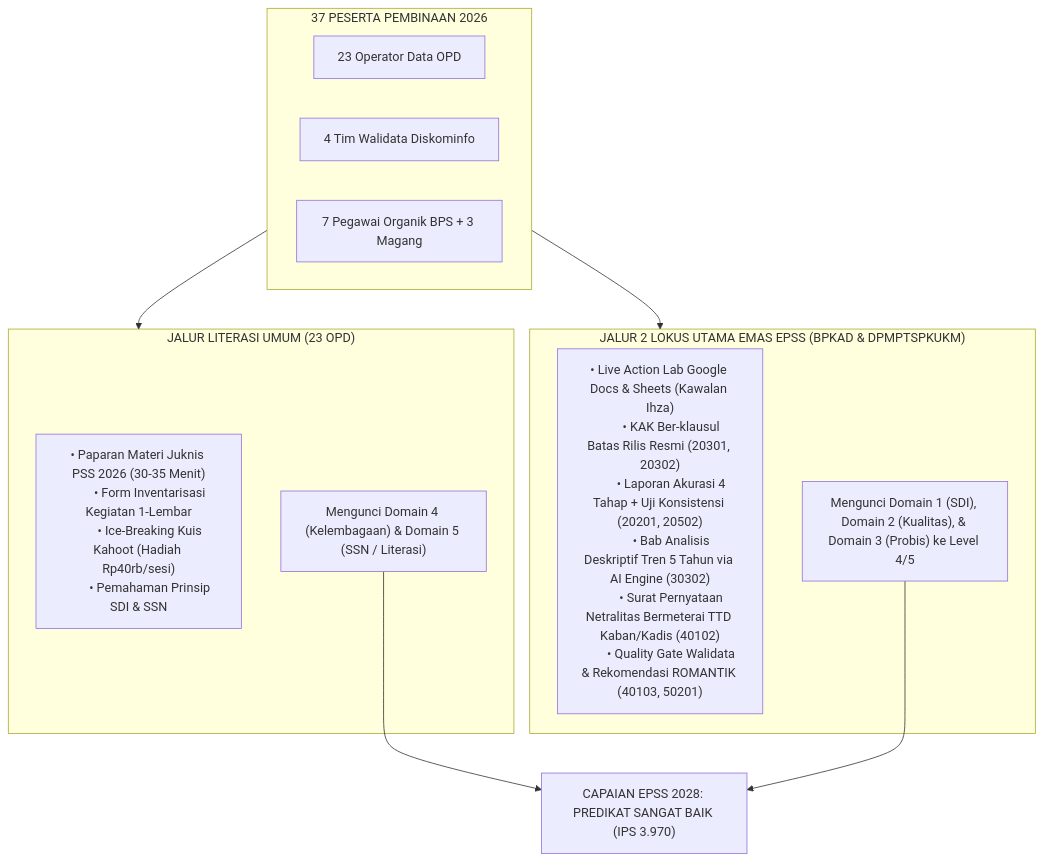
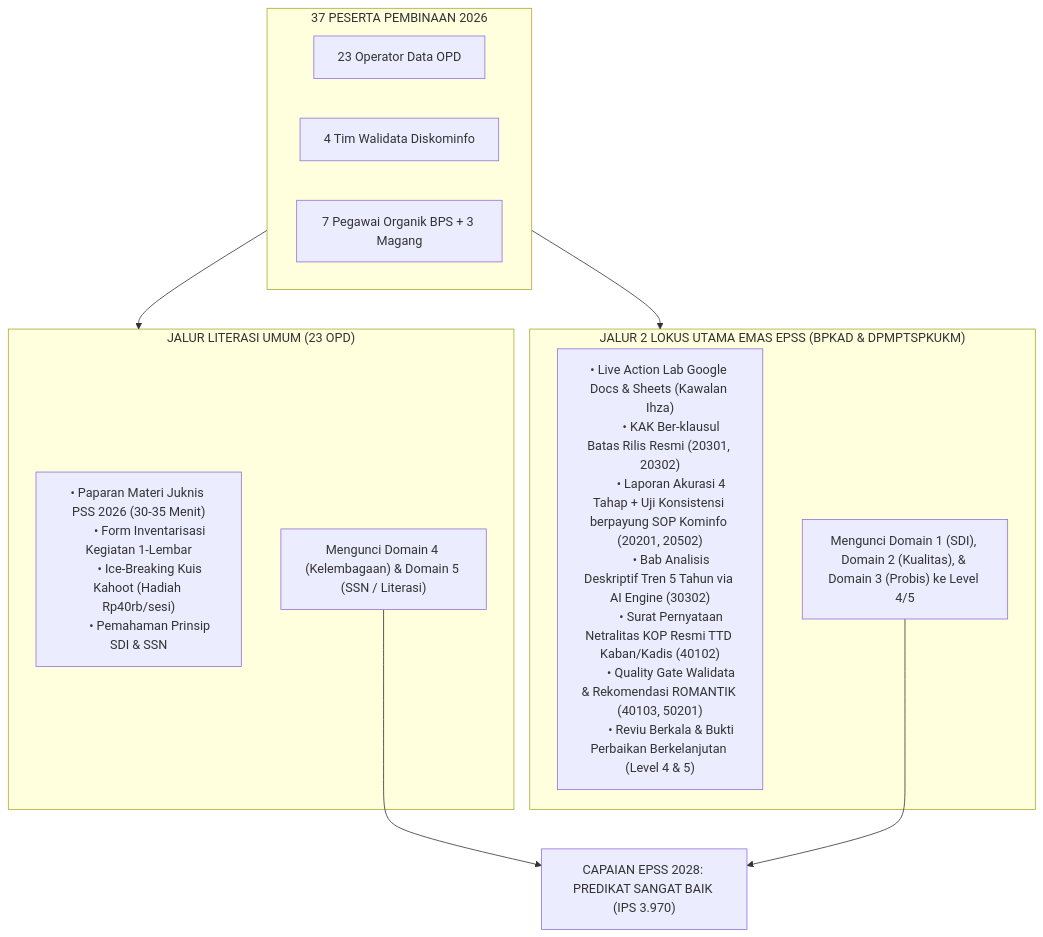
The diagram in kegiatan/pembinaan-statistik-sektoral/2026/pertemuan/00-master-roadmap-4-pertemuan-pss2026-epss2028.md (ipds6104/knowledge-base), drawn with Mermaid before and after one commit. The commit also changed other lines of this file and 34 other files, not shown here.

````diff
--- a/kegiatan/pembinaan-statistik-sektoral/2026/pertemuan/00-master-roadmap-4-pertemuan-pss2026-epss2028.md
+++ b/kegiatan/pembinaan-statistik-sektoral/2026/pertemuan/00-master-roadmap-4-pertemuan-pss2026-epss2028.md
@@ -68,30 +68,31 @@
 ```mermaid
 flowchart TD
     subgraph Peserta["37 PESERTA PEMBINAAN 2026"]
         OPD23["23 Operator Data OPD"]
         KOMINFO["4 Tim Walidata Diskominfo"]
         BPS["7 Pegawai Organik BPS + 3 Magang"]
     end
 
     subgraph Jalur1["JALUR LITERASI UMUM (23 OPD)"]
         J1["• Paparan Materi Juknis PSS 2026 (30-35 Menit)
         • Form Inventarisasi Kegiatan 1-Lembar
         • Ice-Breaking Kuis Kahoot (Hadiah Rp40rb/sesi)
         • Pemahaman Prinsip SDI & SSN"]
         R1["Mengunci Domain 4 (Kelembagaan) & Domain 5 (SSN / Literasi)"]
     end
 
     subgraph Jalur2["JALUR 2 LOKUS UTAMA EMAS EPSS (BPKAD & DPMPTSPKUKM)"]
         J2["• Live Action Lab Google Docs & Sheets (Kawalan Ihza)
         • KAK Ber-klausul Batas Rilis Resmi (20301, 20302)
-        • Laporan Akurasi 4 Tahap + Uji Konsistensi (20201, 20502)
+        • Laporan Akurasi 4 Tahap + Uji Konsistensi berpayung SOP Kominfo (20201, 20502)
         • Bab Analisis Deskriptif Tren 5 Tahun via AI Engine (30302)
-        • Surat Pernyataan Netralitas Bermeterai TTD Kaban/Kadis (40102)
-        • Quality Gate Walidata & Rekomendasi ROMANTIK (40103, 50201)"]
+        • Surat Pernyataan Netralitas KOP Resmi TTD Kaban/Kadis (40102)
+        • Quality Gate Walidata & Rekomendasi ROMANTIK (40103, 50201)
+        • Reviu Berkala & Bukti Perbaikan Berkelanjutan (Level 4 & 5)"]
         R2["Mengunci Domain 1 (SDI), Domain 2 (Kualitas), & Domain 3 (Probis) ke Level 4/5"]
     end
 
     Peserta --> Jalur1
     Peserta --> Jalur2
     R1 & R2 --> TARGET["CAPAIAN EPSS 2028: PREDIKAT SANGAT BAIK (IPS 3.970)"]
 ```
````
